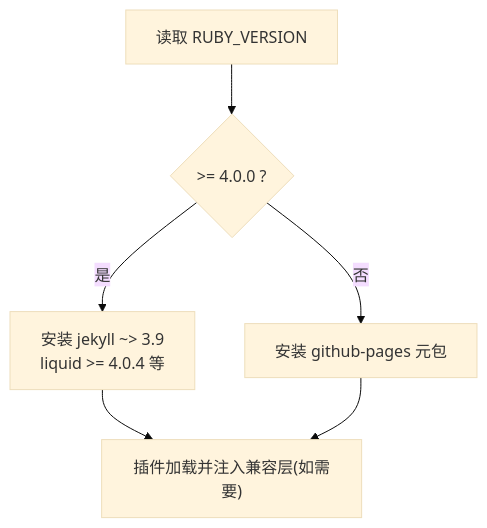
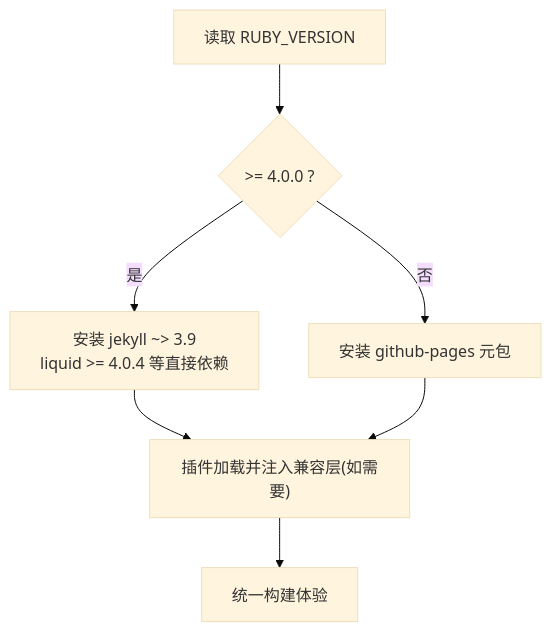
One commit to LZC6244/lzc6244.github.io changed the fifth of 6 diagrams in .qoder/repowiki/zh/content/插件系统/Ruby 兼容性插件.md. Above: the diagram before and after it, drawn with Mermaid (base theme). The commit also changed other lines of this file and 36 other files, not shown here.

````diff
--- a/.qoder/repowiki/zh/content/插件系统/Ruby 兼容性插件.md
+++ b/.qoder/repowiki/zh/content/插件系统/Ruby 兼容性插件.md
@@ -162,8 +191,9 @@
 ```mermaid
 flowchart TD
 A["读取 RUBY_VERSION"] --> B{>= 4.0.0 ?}
-B --> |是| C["安装 jekyll ~> 3.9<br/>liquid >= 4.0.4 等"]
+B --> |是| C["安装 jekyll ~> 3.9<br/>liquid >= 4.0.4 等直接依赖"]
 B --> |否| D["安装 github-pages 元包"]
 C --> E["插件加载并注入兼容层(如需要)"]
 D --> E
+E --> F["统一构建体验"]
 ```
````
